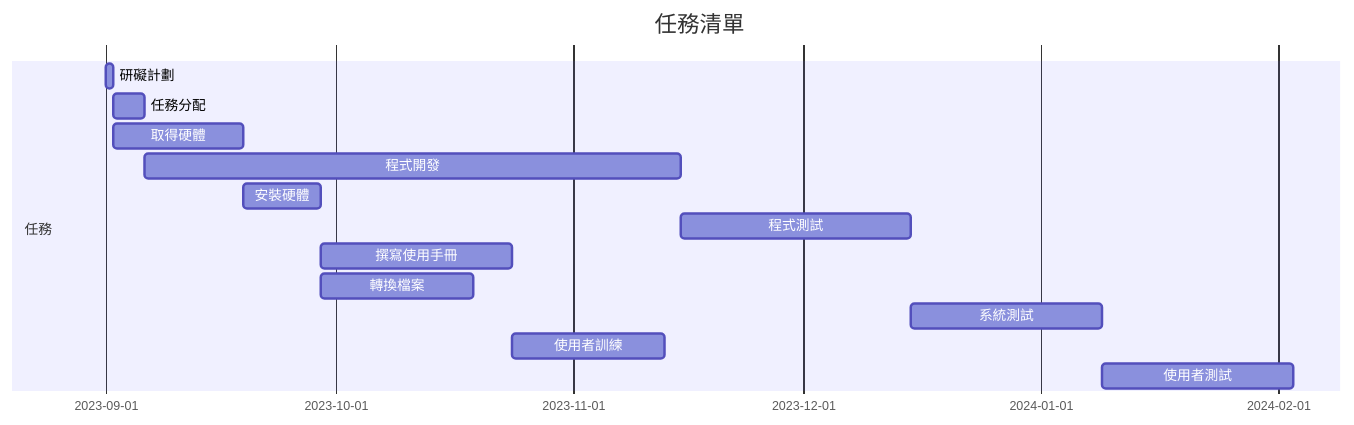
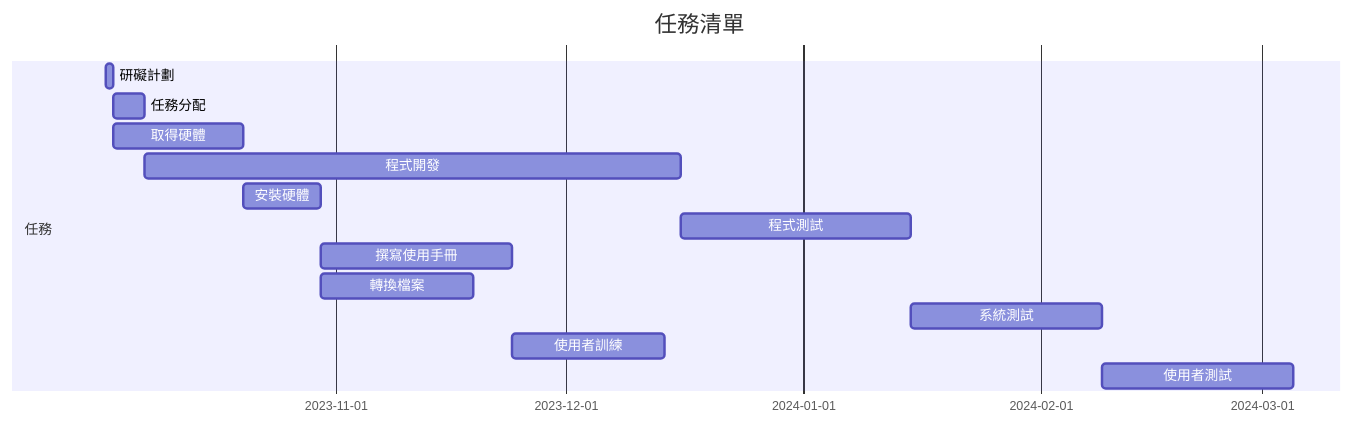
One commit to jing920119/2023_home changed the diagram in hw2.md. Above: the diagram before and after it, drawn with Mermaid.

````diff
--- a/hw2.md
+++ b/hw2.md
@@ -4,18 +4,18 @@
 ```mermaid
 gantt
     title 任務清單
 
     section 任務
-    研礙計劃           :a1, 2023-09-01, 1d
+    研礙計劃           :a1, 2023-10-02, 1d
     任務分配           :a2, after a1  , 4d
     取得硬體           :a3, after a1  , 17d
     程式開發           :a4, after a2  , 70d
     安裝硬體           :a5, after a3  , 10d
     程式測試           :a6, after a4  , 30d
     撰寫使用手冊        :a7, after a5  , 25d
     轉換檔案           :a8, after a5  , 20d
     系統測試           :a9, after a6  , 25d
     使用者訓練         :a10, after a7  , 20d
     使用者測試         :a11, after a9  , 25d
 
 ```
````
